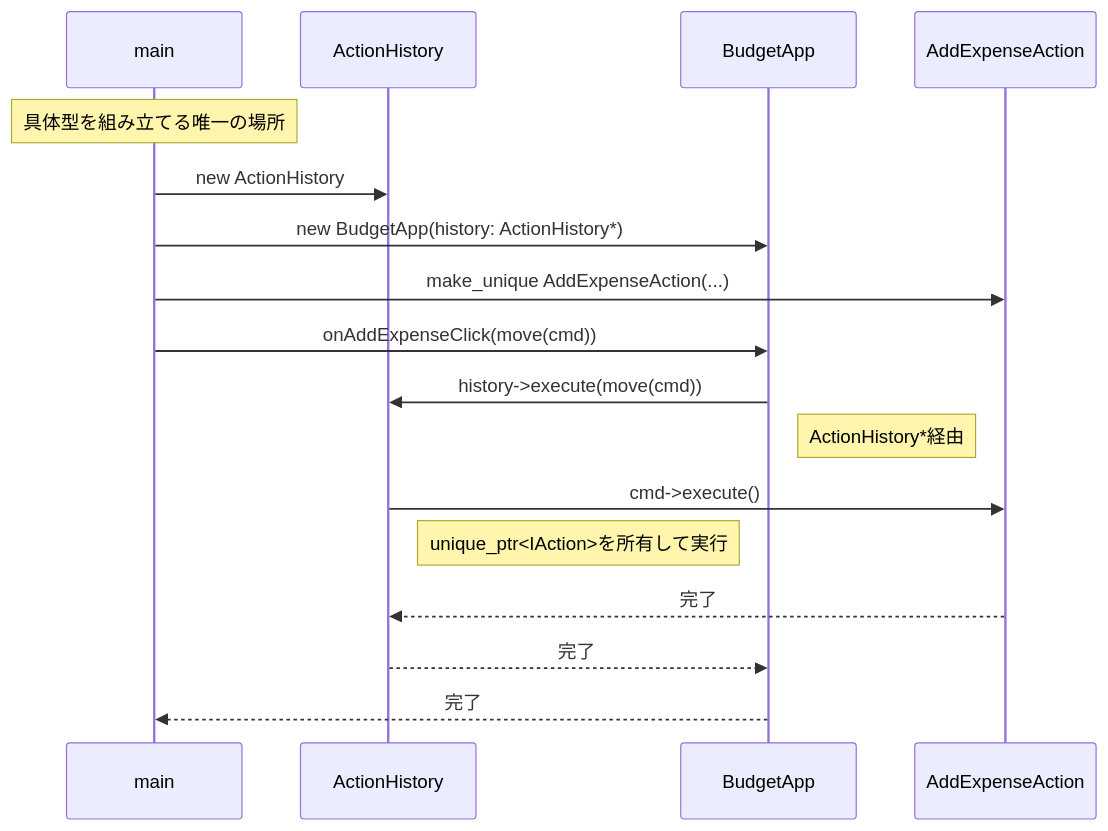
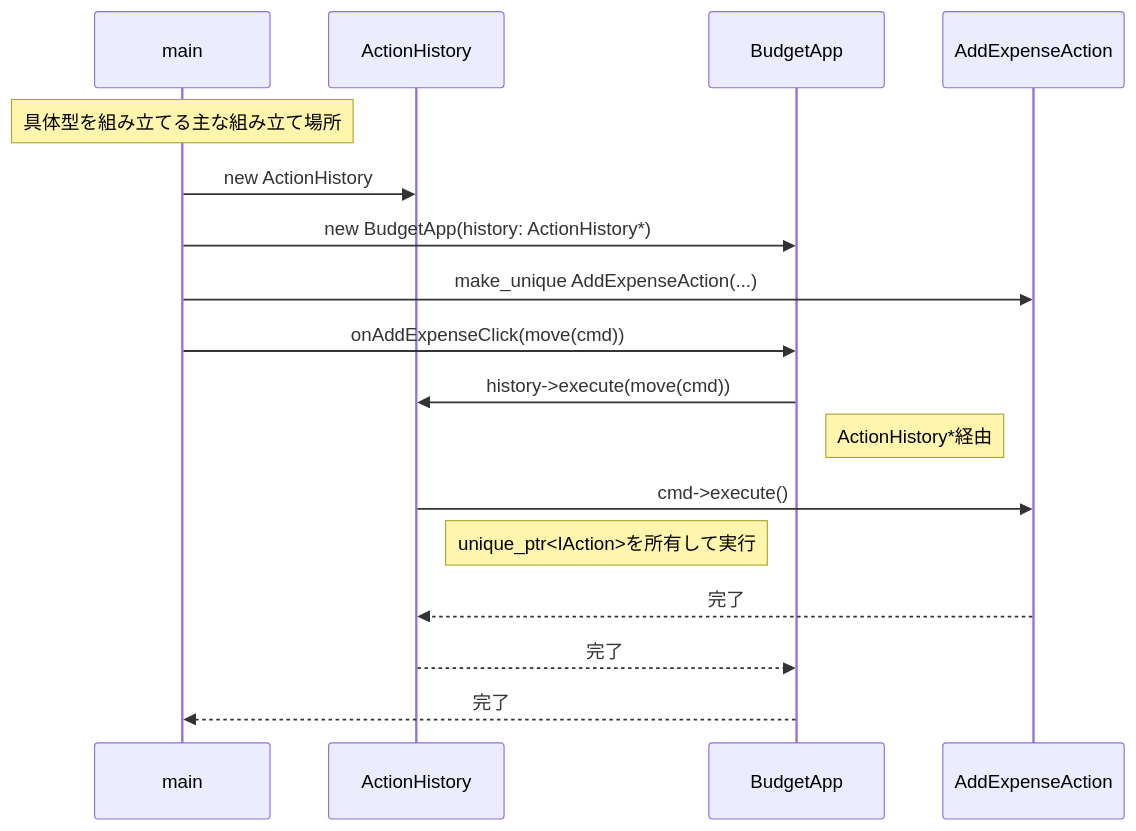
The fourth of 6 diagrams in kindle/design-patterns/output/chapter05.md (kumachan1101-pixel/DesignPattern), drawn with Mermaid before and after one commit. The commit also changed other lines of this file and 5 other files, not shown here.

````diff
--- a/kindle/design-patterns/output/chapter05.md
+++ b/kindle/design-patterns/output/chapter05.md
@@ -1002,19 +1002,19 @@
 ```mermaid
 sequenceDiagram
     participant main
     participant CH as ActionHistory
     participant BA as BudgetApp
     participant AEC as AddExpenseAction
-    Note over main: 具体型を組み立てる唯一の場所
+    Note over main: 具体型を組み立てる主な組み立て場所
     main->>CH: new ActionHistory
     main->>BA: new BudgetApp(history: ActionHistory*)
     main->>AEC: make_unique AddExpenseAction(...)
     main->>BA: onAddExpenseClick(move(cmd))
     BA->>CH: history->execute(move(cmd))
     Note right of BA: ActionHistory*経由
     CH->>AEC: cmd->execute()
     Note right of CH: unique_ptr<IAction>を所有して実行
     AEC-->>CH: 完了
     CH-->>BA: 完了
     BA-->>main: 完了
 ```
````
